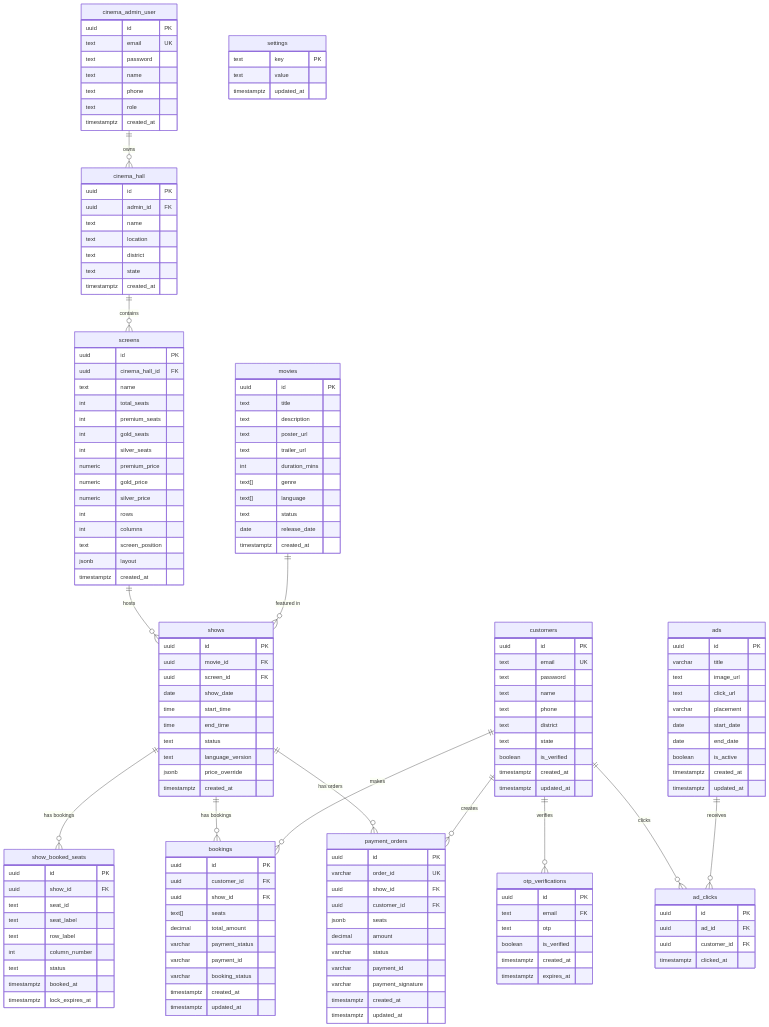
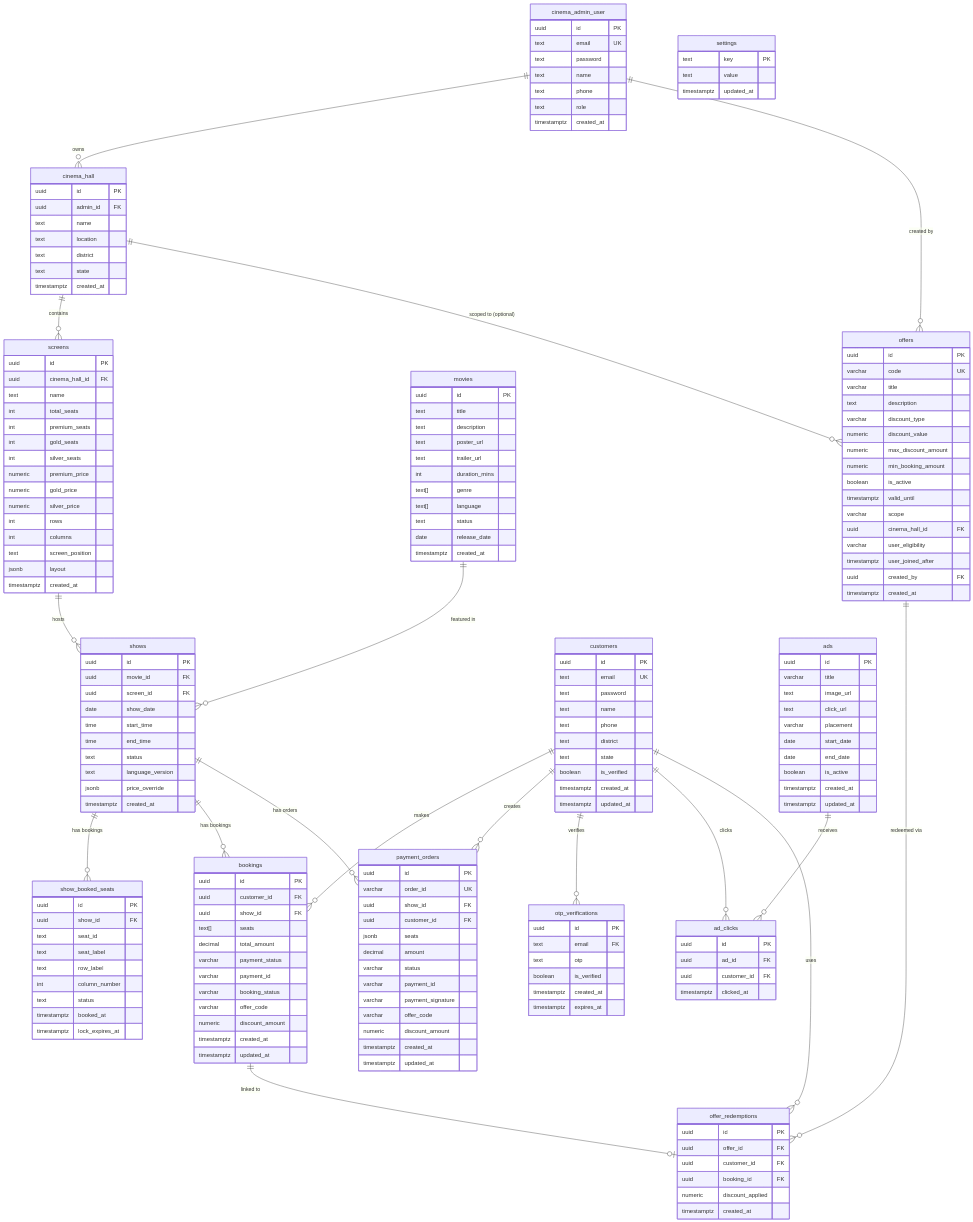
One commit to hduraimurugan/cinema-app-docs changed the first of 7 diagrams in backend.md. Above: the diagram before and after it, drawn with Mermaid. The commit also changed other lines of this file and 4 other files, not shown here.

Commit message:
update: implement offers system with coupon management; add OffersPage for user access and integrate validation in OrderSummaryPage

```diff
--- a/backend.md
+++ b/backend.md
@@ -31,6 +31,11 @@
     customers ||--o{ otp_verifications : "verifies"
     customers ||--o{ ad_clicks : "clicks"
     ads ||--o{ ad_clicks : "receives"
+    offers ||--o{ offer_redemptions : "redeemed via"
+    customers ||--o{ offer_redemptions : "uses"
+    bookings ||--o| offer_redemptions : "linked to"
+    cinema_hall ||--o{ offers : "scoped to (optional)"
+    cinema_admin_user ||--o{ offers : "created by"
 
     settings {
         text key PK
@@ -115,6 +120,34 @@
         timestamptz lock_expires_at
     }
 
+    offers {
+        uuid id PK
+        varchar code UK
+        varchar title
+        text description
+        varchar discount_type
+        numeric discount_value
+        numeric max_discount_amount
+        numeric min_booking_amount
+        boolean is_active
+        timestamptz valid_until
+        varchar scope
+        uuid cinema_hall_id FK
+        varchar user_eligibility
+        timestamptz user_joined_after
+        uuid created_by FK
+        timestamptz created_at
+    }
+
+    offer_redemptions {
+        uuid id PK
+        uuid offer_id FK
+        uuid customer_id FK
+        uuid booking_id FK
+        numeric discount_applied
+        timestamptz created_at
+    }
+
     bookings {
         uuid id PK
         uuid customer_id FK
@@ -124,6 +157,8 @@
         varchar payment_status
         varchar payment_id
         varchar booking_status
+        varchar offer_code
+        numeric discount_amount
         timestamptz created_at
         timestamptz updated_at
     }
@@ -151,6 +186,8 @@
         varchar status
         varchar payment_id
         varchar payment_signature
+        varchar offer_code
+        numeric discount_amount
         timestamptz created_at
         timestamptz updated_at
     }
```
